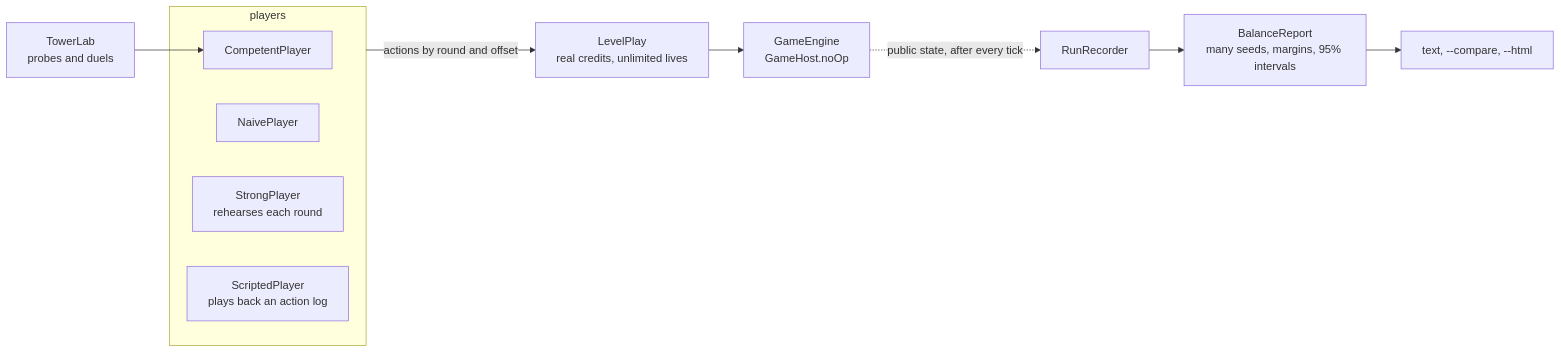
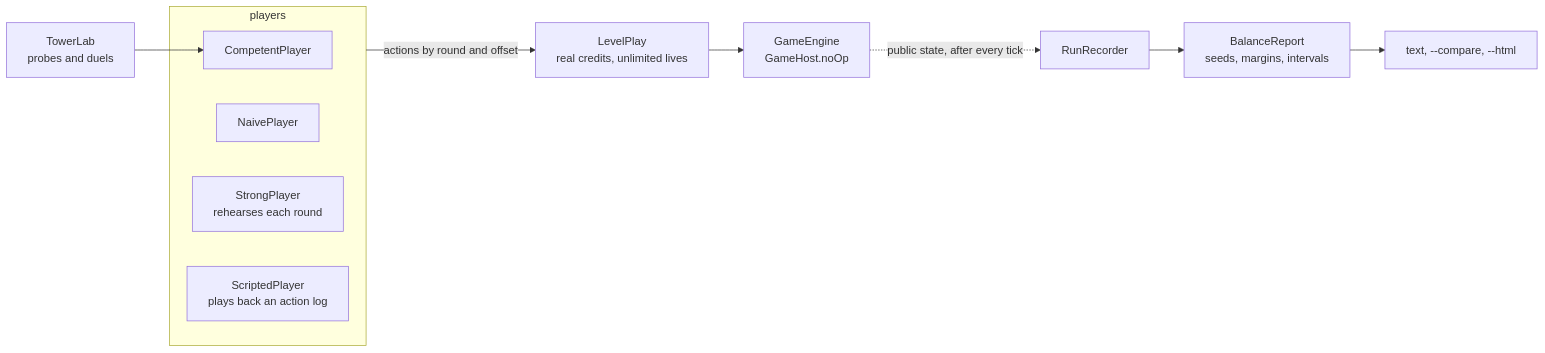
One commit to bicanjirka/jtd changed the third of 3 diagrams in docs/ARCHITECTURE.md. Above: the diagram before and after it, drawn with Mermaid. The commit also changed other lines of this file and 38 other files, not shown here.

````diff
--- a/docs/ARCHITECTURE.md
+++ b/docs/ARCHITECTURE.md
@@ -545,15 +169,15 @@
 ```mermaid
 flowchart LR
     lab[TowerLab<br/>probes and duels] --> comp
     subgraph players[players]
         naive[NaivePlayer]
         comp[CompetentPlayer]
         strong[StrongPlayer<br/>rehearses each round]
         script[ScriptedPlayer<br/>plays back an action log]
     end
     players -->|actions by round and offset| play[LevelPlay<br/>real credits, unlimited lives]
     play --> engine[GameEngine<br/>GameHost.noOp]
     engine -.->|public state, after every tick| rec[RunRecorder]
-    rec --> report[BalanceReport<br/>many seeds, margins, 95% intervals]
+    rec --> report[BalanceReport<br/>seeds, margins, intervals]
     report --> out["text, --compare, --html"]
 ```
````
